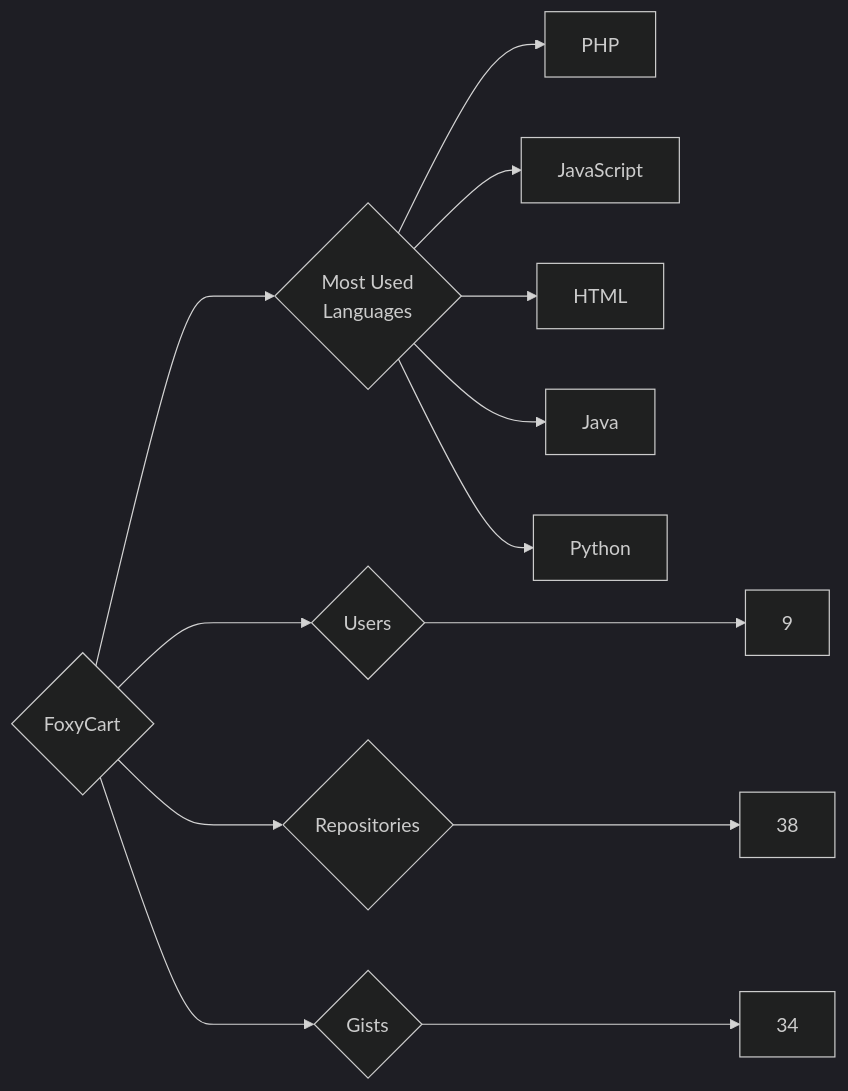
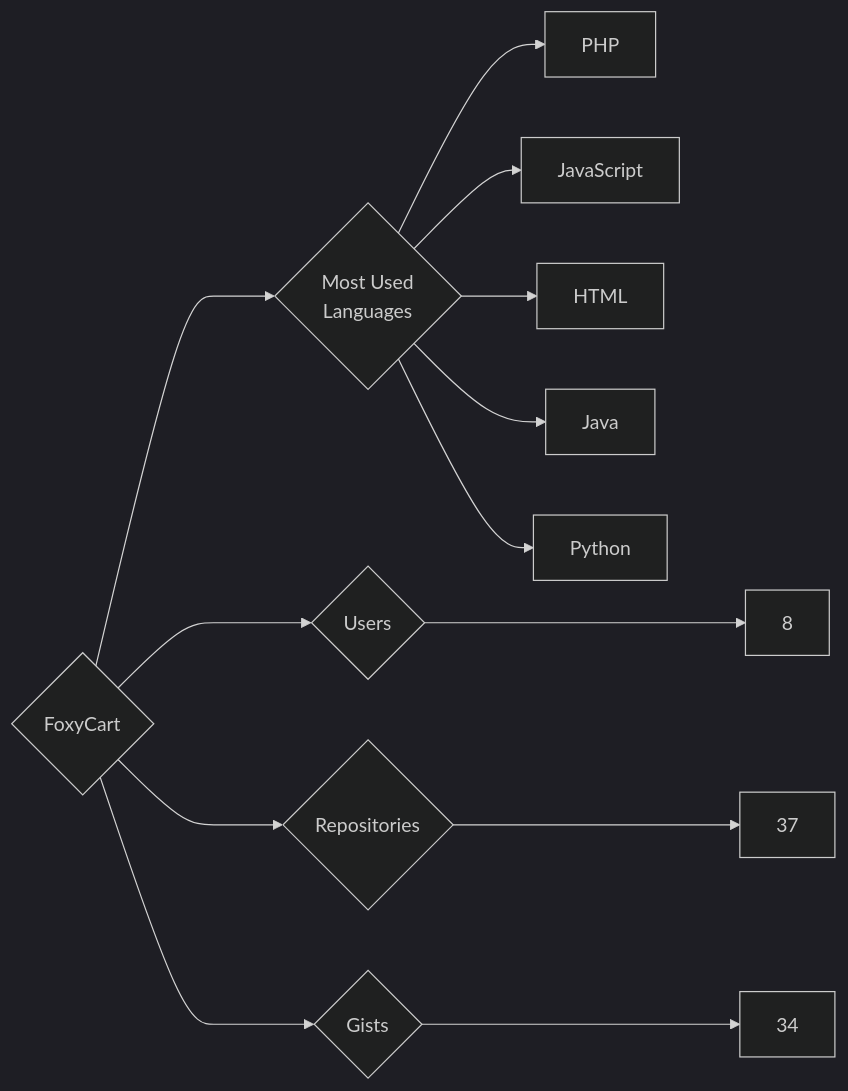
Before and after one commit to trickest/insiders: the diagram in targets/FoxyCart/README.md, drawn with Mermaid (dark theme). The commit also changed 724 other files, not shown here.

````diff
--- a/targets/FoxyCart/README.md
+++ b/targets/FoxyCart/README.md
@@ -3,13 +3,13 @@
 ```mermaid
 graph LR
 COMPANY_NAME{FoxyCart}
-COMPANY_NAME ---> U{Users} ---> UN[9]
-COMPANY_NAME ---> R{Repositories} ---> RN[38]
+COMPANY_NAME ---> U{Users} ---> UN[8]
+COMPANY_NAME ---> R{Repositories} ---> RN[37]
 COMPANY_NAME ---> G{Gists} ---> GN[34]
 COMPANY_NAME ---> ML{Most Used<br>Languages}
 ML --> PHP[PHP]
 ML --> JavaScript[JavaScript]
 ML --> HTML[HTML]
 ML --> Java[Java]
 ML --> Python[Python]
 ```
````
